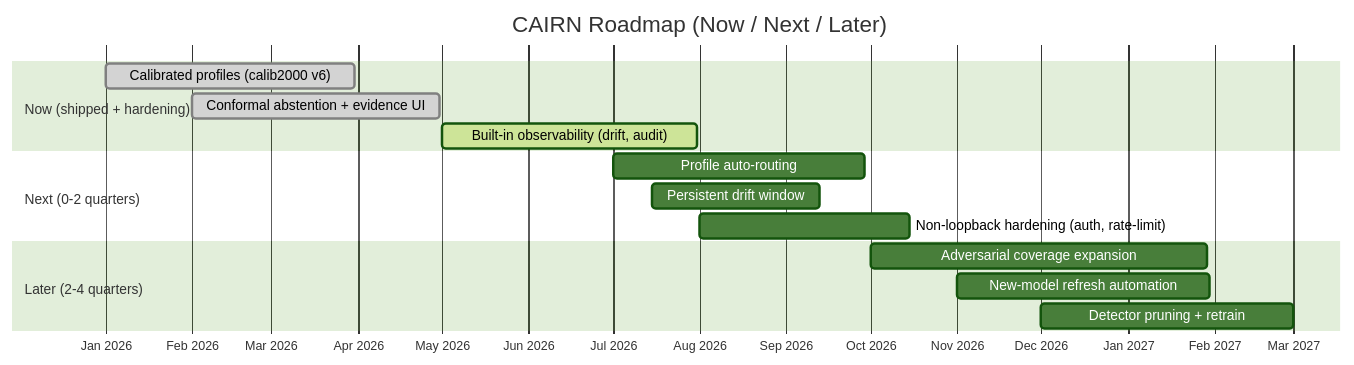
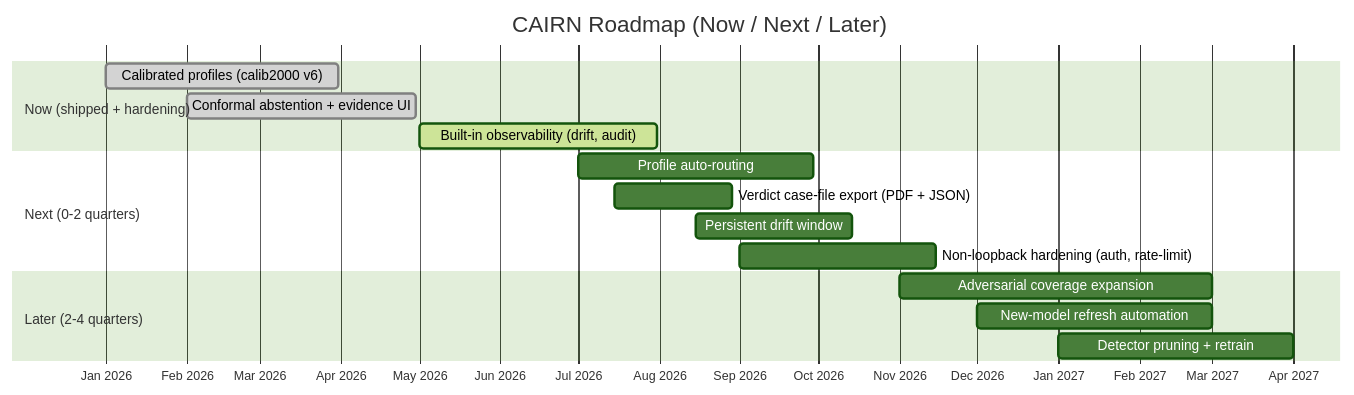
Before and after one commit to occamsrazor0102/cairn: the diagram in docs/prd.md, drawn with Mermaid (forest theme). The commit also changed other lines of this file, not shown here.

Commit message:
docs: align PRD roadmap with RICE prioritization
Add the verdict case-file export (RICE 7.35, third-highest scored bet) to the Now/Next/Later roadmap and the Mermaid gantt; it was scored in the RICE table but missing from the roadmap. Shifts subsequent Next/Later dates accordingly.

Claude-Session: https://claude.ai/code/session_01NyPczaoWKn1HfKSa1LbPgW

````diff
--- a/docs/prd.md
+++ b/docs/prd.md
@@ -393,18 +393,19 @@
 ```mermaid
 gantt
     title CAIRN Roadmap (Now / Next / Later)
     dateFormat YYYY-MM-DD
     axisFormat %b %Y
     section Now (shipped + hardening)
     Calibrated profiles (calib2000 v6)        :done,   p1, 2026-01-01, 2026-03-31
     Conformal abstention + evidence UI        :done,   p2, 2026-02-01, 2026-04-30
     Built-in observability (drift, audit)     :active, p3, 2026-05-01, 2026-07-31
     section Next (0-2 quarters)
     Profile auto-routing                      :        n1, 2026-07-01, 90d
-    Persistent drift window                   :        n2, 2026-07-15, 60d
-    Non-loopback hardening (auth, rate-limit) :        n3, 2026-08-01, 75d
+    Verdict case-file export (PDF + JSON)      :        n2, 2026-07-15, 45d
+    Persistent drift window                   :        n3, 2026-08-15, 60d
+    Non-loopback hardening (auth, rate-limit) :        n4, 2026-09-01, 75d
     section Later (2-4 quarters)
-    Adversarial coverage expansion            :        l1, 2026-10-01, 120d
-    New-model refresh automation              :        l2, 2026-11-01, 90d
-    Detector pruning + retrain                :        l3, 2026-12-01, 90d
+    Adversarial coverage expansion            :        l1, 2026-11-01, 120d
+    New-model refresh automation              :        l2, 2026-12-01, 90d
+    Detector pruning + retrain                :        l3, 2027-01-01, 90d
 ```
````
